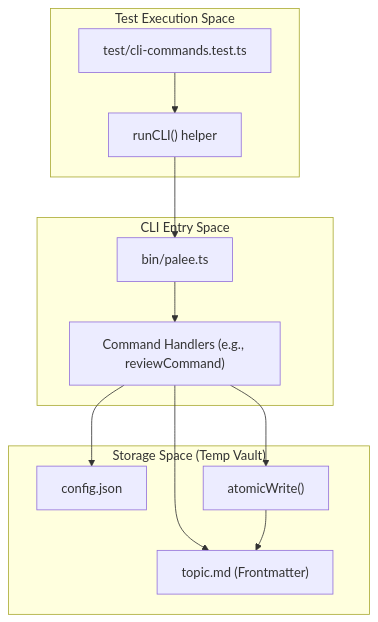
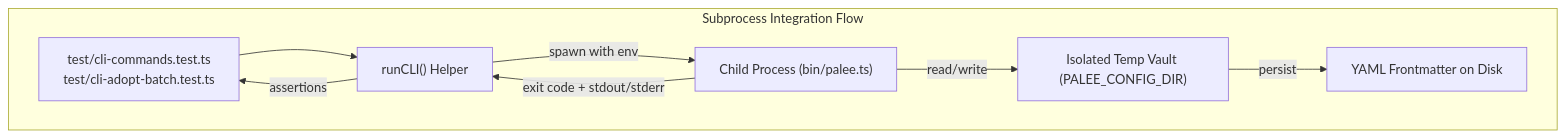
Before and after one commit to Kuldeep2822k/cli: the first of 2 diagrams in docs/06-2-integration-and-smoke-tests.md, drawn with Mermaid. The commit also changed other lines of this file and 27 other files, not shown here.

````diff
--- a/docs/06-2-integration-and-smoke-tests.md
+++ b/docs/06-2-integration-and-smoke-tests.md
@@ -30,23 +51,17 @@
 ```mermaid
 flowchart TD
-    subgraph subGraph2 ["Storage Space (Temp Vault)"]
-        CFG["config.json"]
-        NOTE["topic.md (Frontmatter)"]
-        ATOMIC["atomicWrite()"]
+    subgraph Subprocess ["Subprocess Integration Flow"]
+        TestFile["test/cli-commands.test.ts<br/>test/cli-adopt-batch.test.ts"]
+        Helper["runCLI() Helper"]
+        ChildProc["Child Process (bin/palee.ts)"]
+        TempVault["Isolated Temp Vault (PALEE_CONFIG_DIR)"]
+        Frontmatter["YAML Frontmatter on Disk"]
     end
-    subgraph subGraph1 ["CLI Entry Space"]
-        BIN["bin/palee.ts"]
-        CMD["Command Handlers (e.g., reviewCommand)"]
-    end
-    subgraph subGraph0 ["Test Execution Space"]
-        TEST["test/cli-commands.test.ts"]
-        RUN["runCLI() helper"]
-    end
-    TEST --> RUN
-    RUN --> BIN
-    BIN --> CMD
-    CMD --> CFG
-    CMD --> NOTE
-    CMD --> ATOMIC
-    ATOMIC --> NOTE
+
+    TestFile --> Helper
+    Helper -->|spawn with env| ChildProc
+    ChildProc -->|read/write| TempVault
+    TempVault -->|persist| Frontmatter
+    ChildProc -->|exit code + stdout/stderr| Helper
+    Helper -->|assertions| TestFile
 ```
````
